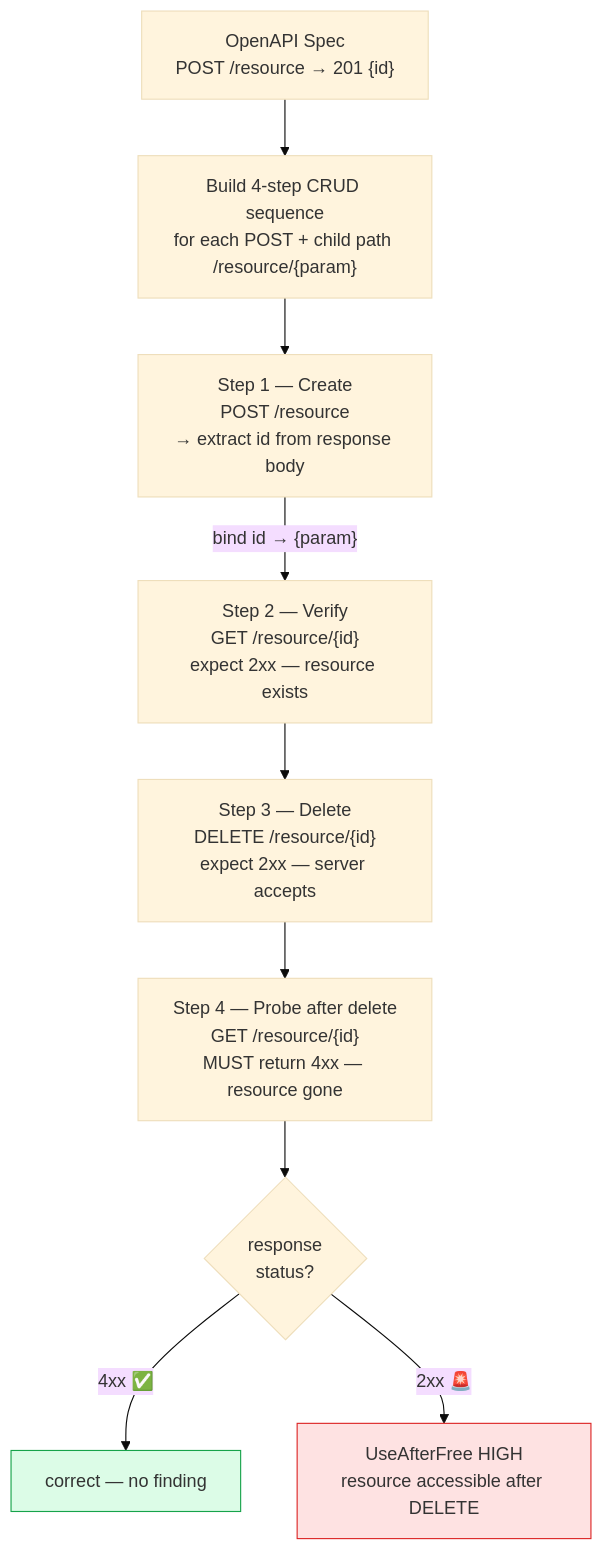
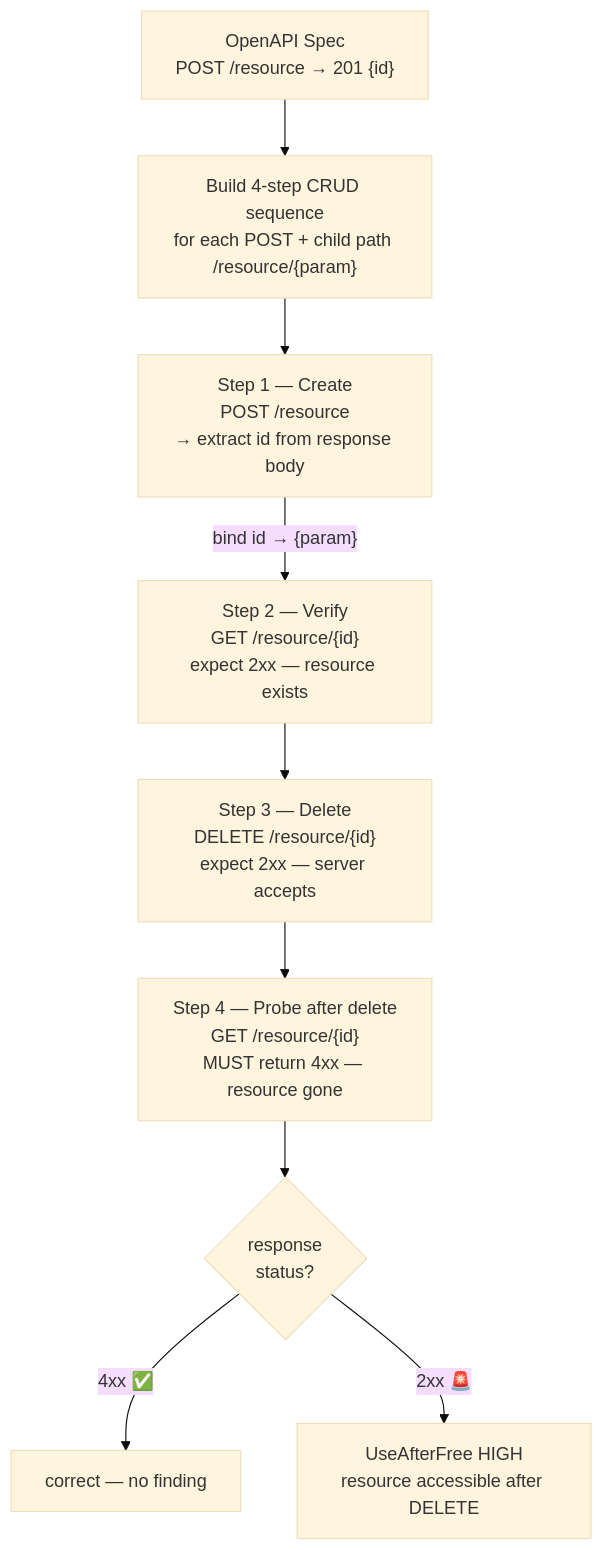
The fourth of 5 diagrams in README.md (morgonf/shelob-ng), drawn with Mermaid (base theme) before and after one commit. The commit also changed other lines of this file and 1 other file, not shown here.

First line of the commit message:
docs: remove custom colors from Mermaid diagrams

````diff
--- a/README.md
+++ b/README.md
@@ -642,21 +638,19 @@
 ```mermaid
 flowchart TD
     spec["OpenAPI Spec\nPOST /resource → 201 {id}"] --> build["Build 4-step CRUD sequence\nfor each POST + child path /resource/{param}"]
 
     build --> s1
 
     s1["Step 1 — Create\nPOST /resource\n→ extract id from response body"]
     s1 -->|"bind id → {param}"| s2
     s2["Step 2 — Verify\nGET /resource/{id}\nexpect 2xx — resource exists"]
     s2 --> s3
     s3["Step 3 — Delete\nDELETE /resource/{id}\nexpect 2xx — server accepts"]
     s3 --> s4
     s4["Step 4 — Probe after delete\nGET /resource/{id}\nMUST return 4xx — resource gone"]
 
     s4 --> check{"response\nstatus?"}
     check -->|"4xx ✅"| ok["correct — no finding"]
     check -->|"2xx 🚨"| uaf["UseAfterFree HIGH\nresource accessible after DELETE"]
 
-    style uaf fill:#fee2e2,stroke:#dc2626
-    style ok fill:#dcfce7,stroke:#16a34a
 ```
````
